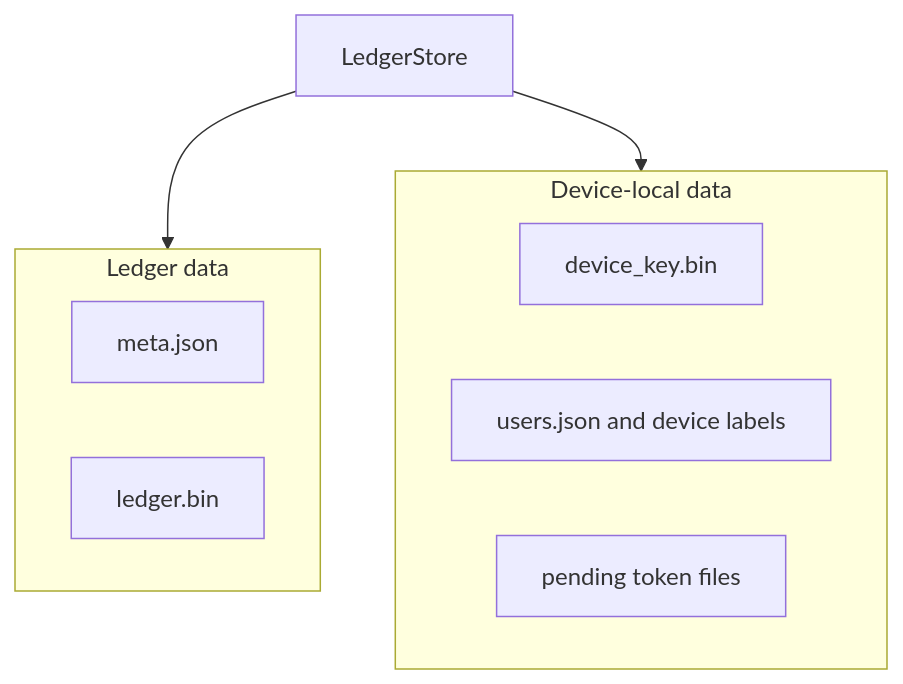
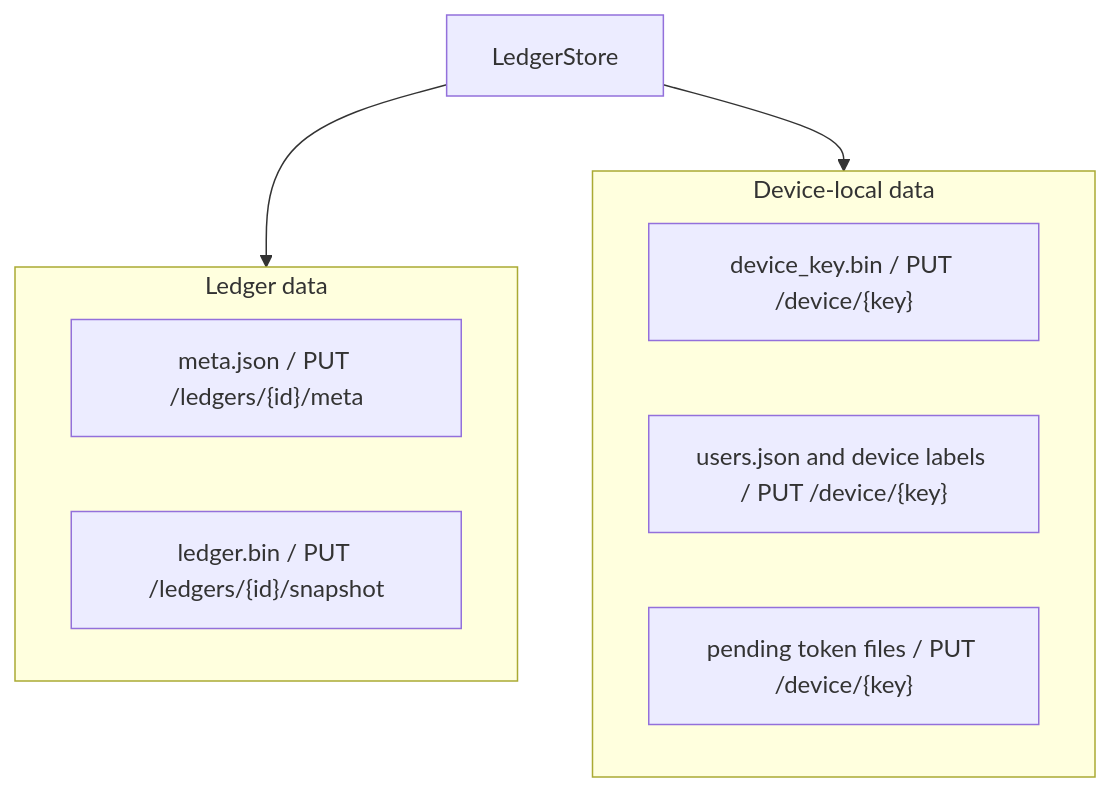
One commit to Gorgeous-Patrick/unbill changed the diagram in crates/unbill-core/src/storage/DESIGN.md. Above: the diagram before and after it, drawn with Mermaid. The commit also changed other lines of this file and 13 other files, not shown here.

````diff
--- a/crates/unbill-core/src/storage/DESIGN.md
+++ b/crates/unbill-core/src/storage/DESIGN.md
@@ -14,16 +14,16 @@
 ```mermaid
 flowchart TB
     Store["LedgerStore"]
     subgraph LedgerData["Ledger data"]
-        Meta["meta.json"]
-        Snapshot["ledger.bin"]
+        Meta["meta.json / PUT /ledgers/{id}/meta"]
+        Snapshot["ledger.bin / PUT /ledgers/{id}/snapshot"]
     end
     subgraph DeviceData["Device-local data"]
-        Key["device_key.bin"]
-        Local["users.json and device labels"]
-        Pending["pending token files"]
+        Key["device_key.bin / PUT /device/{key}"]
+        Local["users.json and device labels / PUT /device/{key}"]
+        Pending["pending token files / PUT /device/{key}"]
     end
 
     Store --> LedgerData
     Store --> DeviceData
 ```
````
